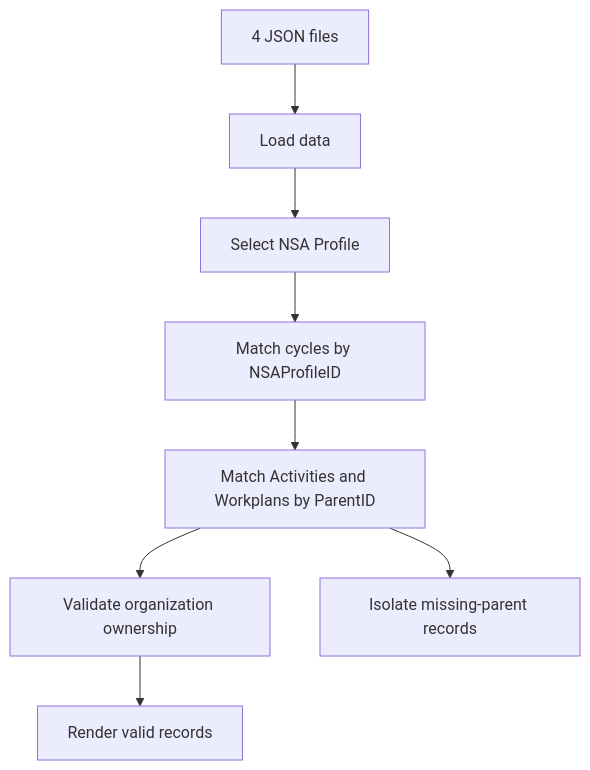
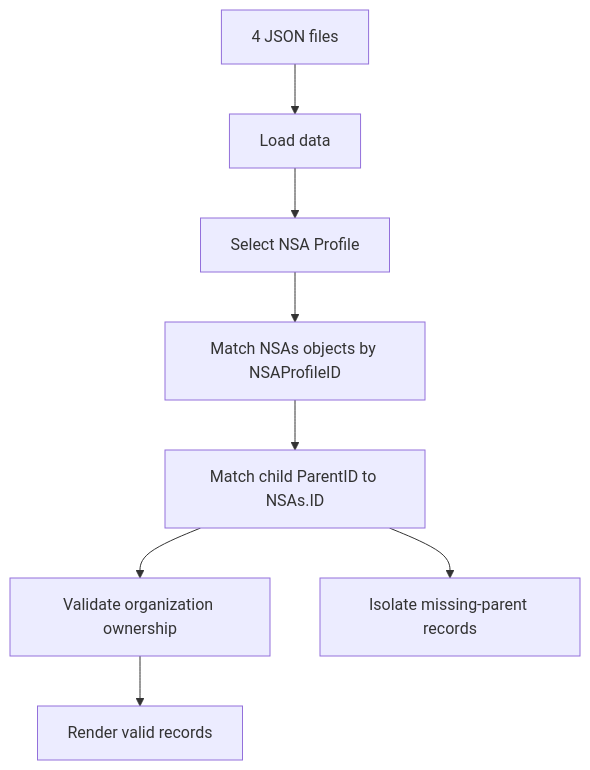
Before and after one commit to geraldotech/paho-nsa: the first of 2 diagrams in NSAv2/reports/validate-end-to-end-data-workflow.md, drawn with Mermaid. The commit also changed other lines of this file, not shown here.

````diff
--- a/NSAv2/reports/validate-end-to-end-data-workflow.md
+++ b/NSAv2/reports/validate-end-to-end-data-workflow.md
@@ -54,10 +57,10 @@
 ```mermaid
 flowchart TD
     J["4 JSON files"] --> L["Load data"]
     L --> P["Select NSA Profile"]
-    P --> N["Match cycles by NSAProfileID"]
-    N --> C["Match Activities and Workplans by ParentID"]
+    P --> N["Match NSAs objects by NSAProfileID"]
+    N --> C["Match child ParentID to NSAs.ID"]
     C --> V["Validate organization ownership"]
     V --> U["Render valid records"]
     C --> O["Isolate missing-parent records"]
 ```
````
